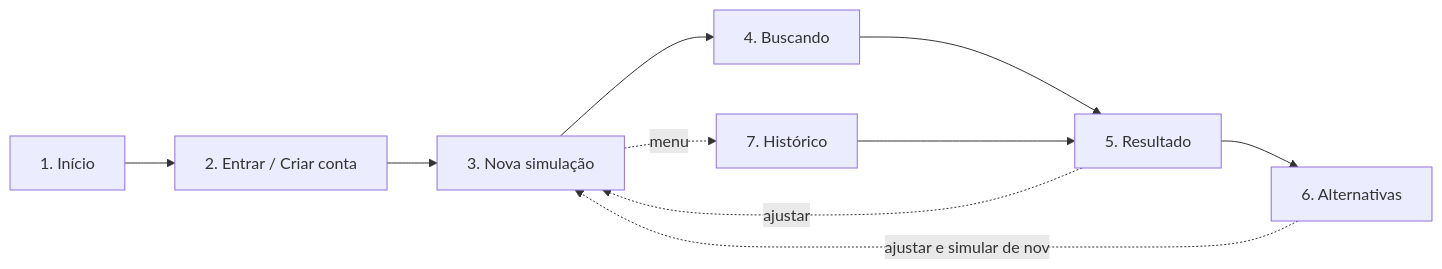
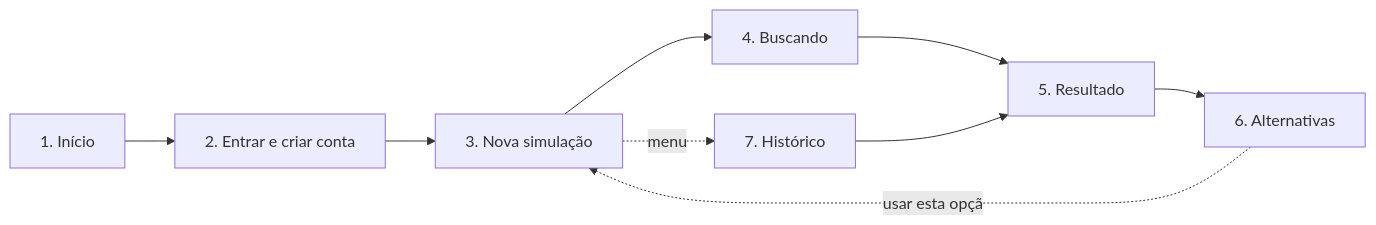
Before and after one commit to decov12/cabe-no-bolso: the diagram in docs/fluxo-de-telas.md, drawn with Mermaid. The commit also changed other lines of this file and 9 other files, not shown here.

````diff
--- a/docs/fluxo-de-telas.md
+++ b/docs/fluxo-de-telas.md
@@ -9,12 +9,11 @@
 ```mermaid
 flowchart LR
-    A[1. Início] --> B[2. Entrar / Criar conta]
+    A[1. Início] --> B[2. Entrar e criar conta]
     B --> C[3. Nova simulação]
     C --> D[4. Buscando]
     D --> E[5. Resultado]
     E --> F[6. Alternativas]
-    F -.ajustar e simular de novo.-> C
-    E -.ajustar.-> C
+    F -.usar esta opção.-> C
     C -.menu.-> G[7. Histórico]
     G --> E
 ```
````
